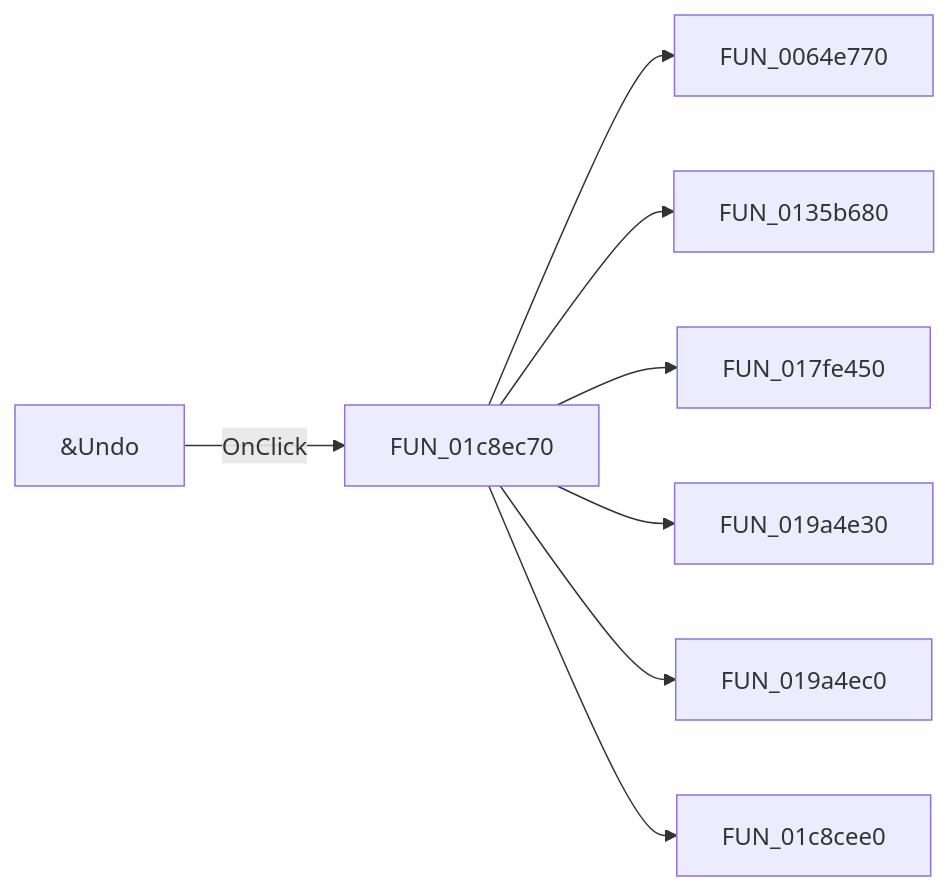
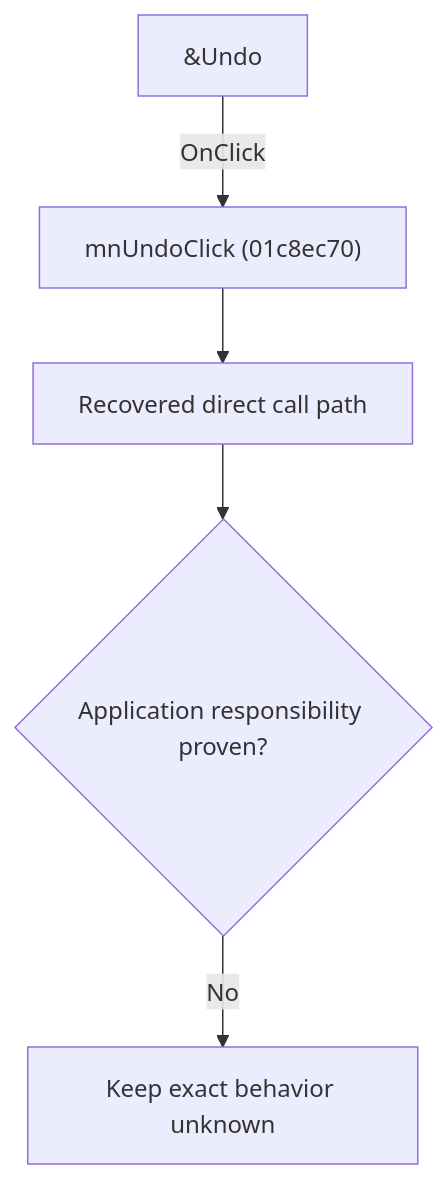
Before and after one commit to MovGP0/TIARA: the diagram in docs/ui-controls/schematiceditor/mnundo-bd040d21a9.md, drawn with Mermaid. The commit also changed other lines of this file and 1062 other files, not shown here.

````diff
--- a/docs/ui-controls/schematiceditor/mnundo-bd040d21a9.md
+++ b/docs/ui-controls/schematiceditor/mnundo-bd040d21a9.md
@@ -27,10 +27,7 @@
 ```mermaid
-flowchart LR
-    control["&Undo"] -->|OnClick| handler["FUN_01c8ec70"]
-    handler --> call1["FUN_0064e770"]
-    handler --> call2["FUN_0135b680"]
-    handler --> call3["FUN_017fe450"]
-    handler --> call4["FUN_019a4e30"]
-    handler --> call5["FUN_019a4ec0"]
-    handler --> call6["FUN_01c8cee0"]
+flowchart TD
+    control["&Undo"] -->|"OnClick"| handler["mnUndoClick (01c8ec70)"]
+    handler --> recovered["Recovered direct call path"]
+    recovered --> gap{"Application responsibility proven?"}
+    gap -->|"No"| blocked["Keep exact behavior unknown"]
 ```
````
